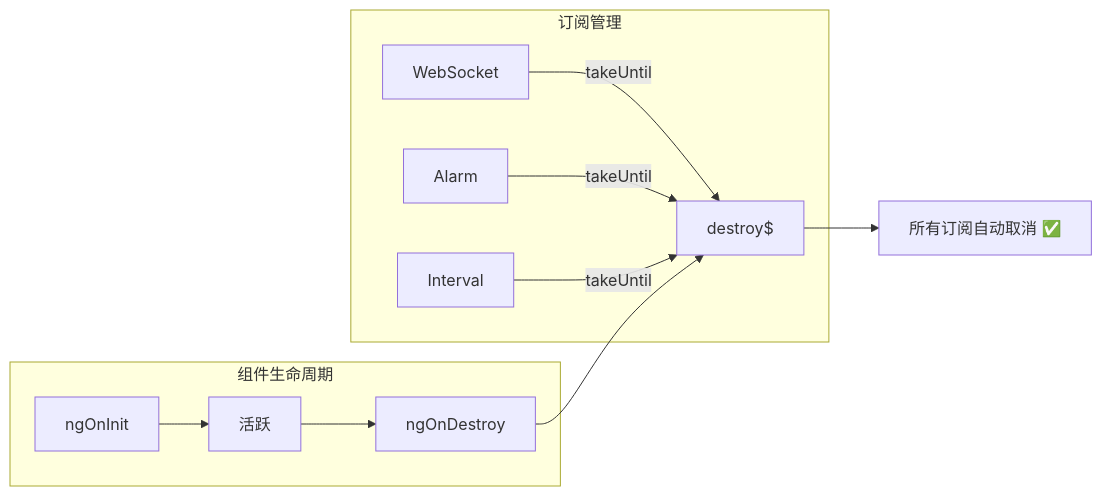
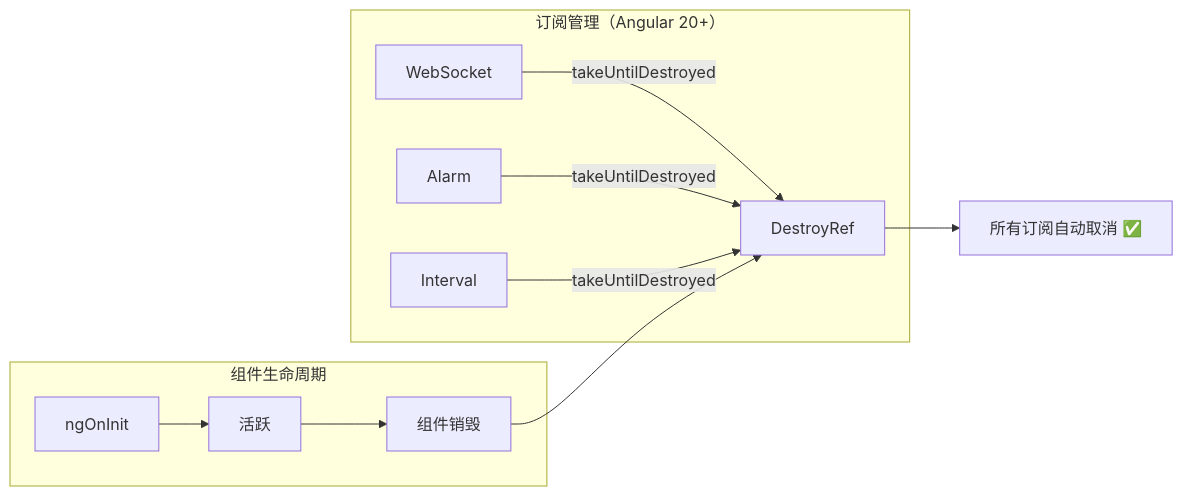
Diagram 33 of 37 in 简历问题.md (KMaybe01/common), drawn with Mermaid before and after one commit. The commit also changed other lines of this file and 3 other files, not shown here.

````diff
--- a/简历问题.md
+++ b/简历问题.md
@@ -1588,16 +1595,16 @@
 ```mermaid
 flowchart LR
   subgraph "组件生命周期"
     Init["ngOnInit"] --> Active["活跃"]
-    Active --> Destroy["ngOnDestroy"]
+    Active --> Destroy["组件销毁"]
   end
   
-  subgraph "订阅管理"
-    WS["WebSocket"] --> |"takeUntil"| D["destroy$"]
-    Alarm["Alarm"] --> |"takeUntil"| D
-    Timer["Interval"] --> |"takeUntil"| D
+  subgraph "订阅管理（Angular 20+）"
+    WS["WebSocket"] --> |"takeUntilDestroyed"| DR["DestroyRef"]
+    Alarm["Alarm"] --> |"takeUntilDestroyed"| DR
+    Timer["Interval"] --> |"takeUntilDestroyed"| DR
   end
   
-  Destroy --> D
-  D --> Unsub["所有订阅自动取消 ✅"]
+  Destroy --> DR
+  DR --> Unsub["所有订阅自动取消 ✅"]
 ```
````
